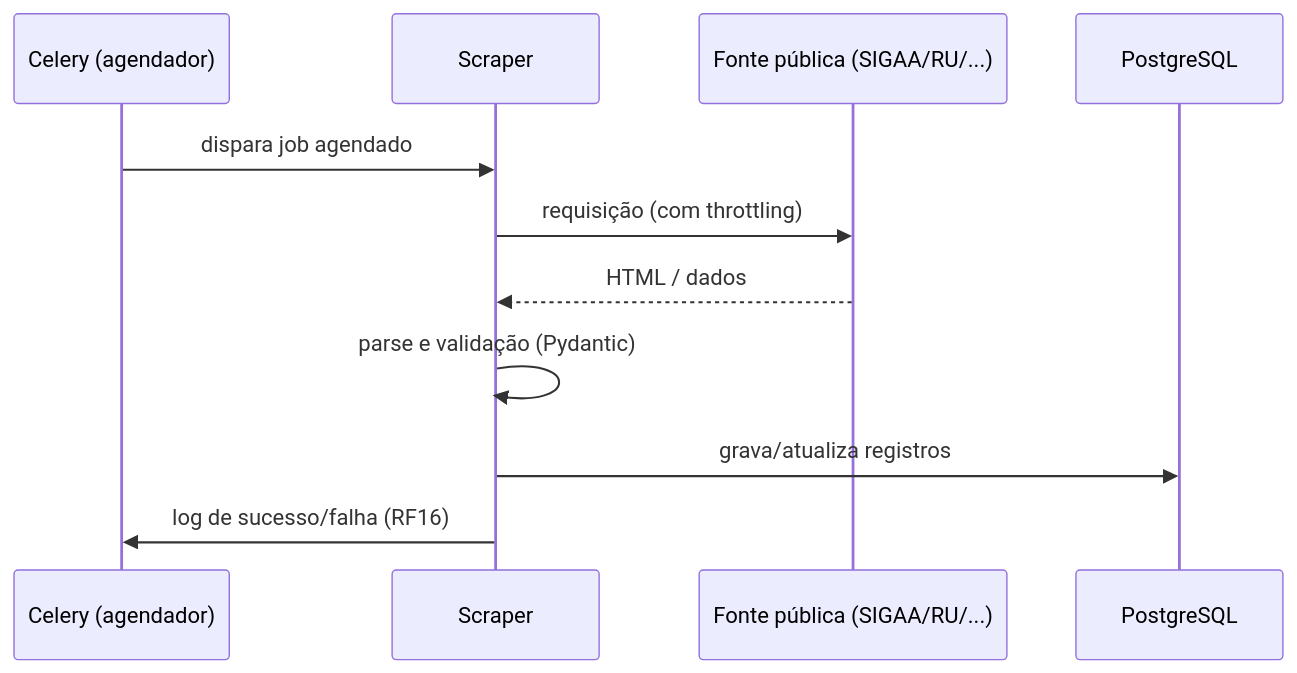
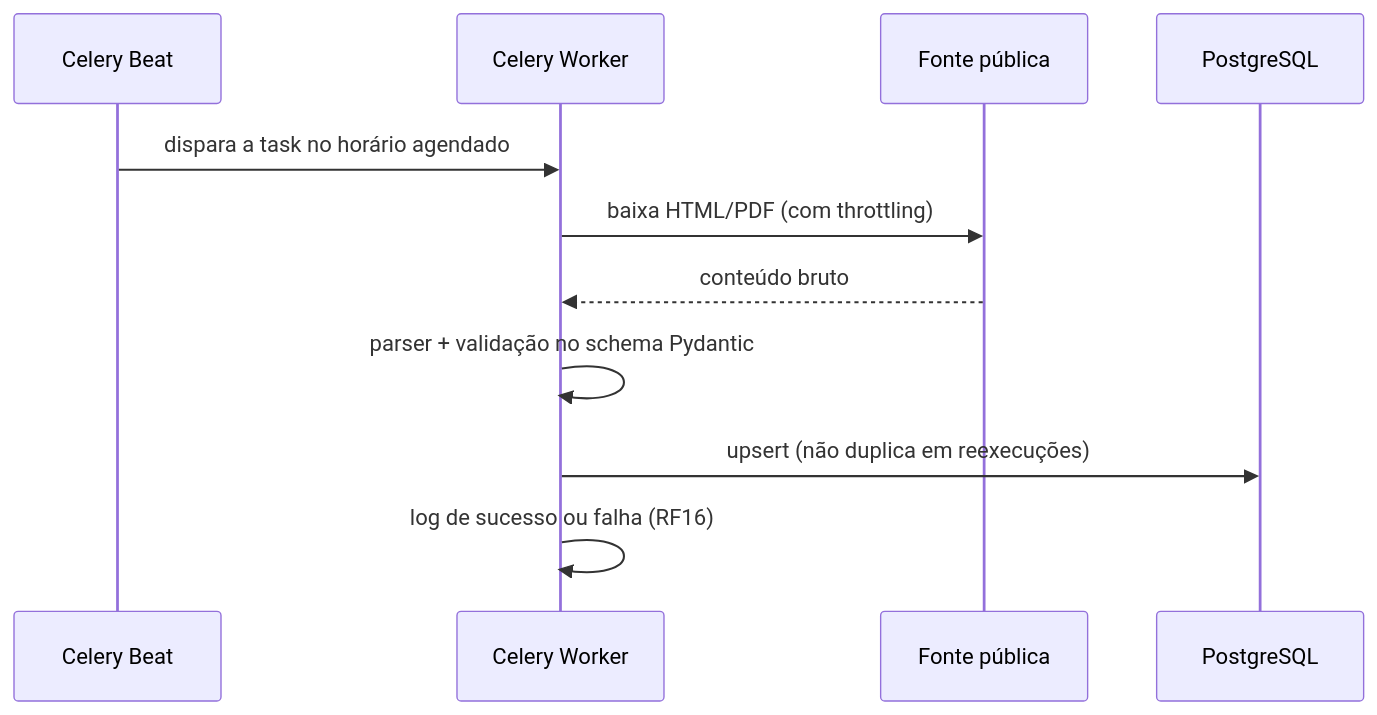
Before and after one commit to unb-mds/2026-2-Cerradinho-API: the second of 3 diagrams in docs/ARQUITETURA.md, drawn with Mermaid. The commit also changed other lines of this file and 39 other files, not shown here.

````diff
--- a/docs/ARQUITETURA.md
+++ b/docs/ARQUITETURA.md
@@ -59,14 +57,14 @@
 ```mermaid
 sequenceDiagram
-    participant Celery as Celery (agendador)
-    participant Scraper
-    participant Fonte as Fonte pública (SIGAA/RU/...)
+    participant Beat as Celery Beat
+    participant Worker as Celery Worker
+    participant Fonte as Fonte pública
     participant DB as PostgreSQL
 
-    Celery->>Scraper: dispara job agendado
-    Scraper->>Fonte: requisição (com throttling)
-    Fonte-->>Scraper: HTML / dados
-    Scraper->>Scraper: parse e validação (Pydantic)
-    Scraper->>DB: grava/atualiza registros
-    Scraper->>Celery: log de sucesso/falha (RF16)
+    Beat->>Worker: dispara a task no horário agendado
+    Worker->>Fonte: baixa HTML/PDF (com throttling)
+    Fonte-->>Worker: conteúdo bruto
+    Worker->>Worker: parser + validação no schema Pydantic
+    Worker->>DB: upsert (não duplica em reexecuções)
+    Worker->>Worker: log de sucesso ou falha (RF16)
 ```
````
